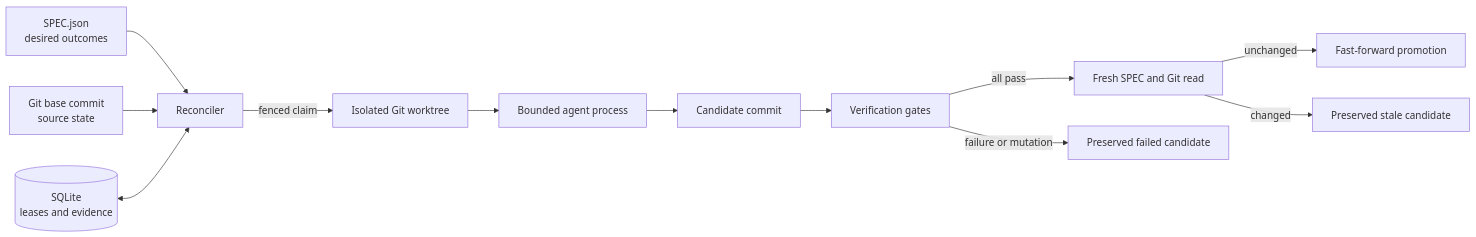
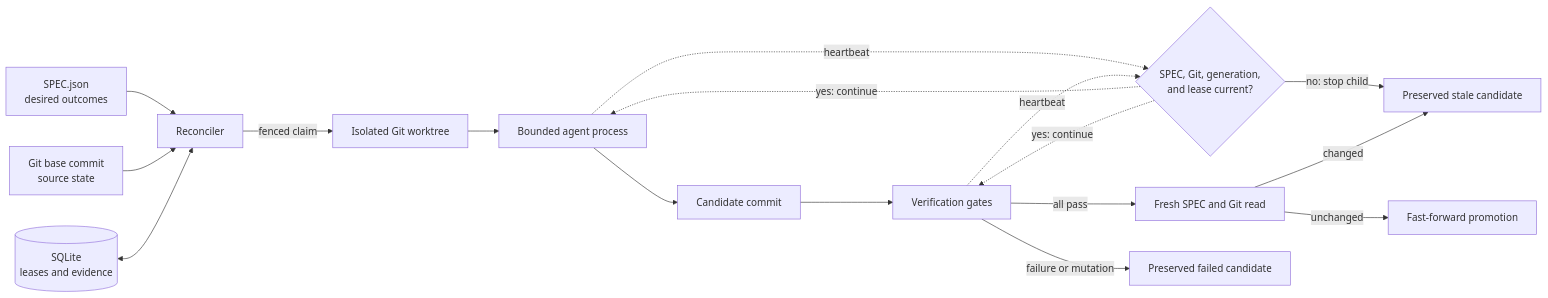
Before and after one commit to GhostlyGawd/autobuild: the diagram in docs/architecture.md, drawn with Mermaid. The commit also changed other lines of this file and 9 other files, not shown here.

````diff
--- a/docs/architecture.md
+++ b/docs/architecture.md
@@ -5,14 +5,19 @@
 ```mermaid
 flowchart LR
     S[SPEC.json<br/>desired outcomes] --> R[Reconciler]
     G[Git base commit<br/>source state] --> R
     D[(SQLite<br/>leases and evidence)] <--> R
     R -->|fenced claim| W[Isolated Git worktree]
     W --> A[Bounded agent process]
     A --> C[Candidate commit]
     C --> E[Verification gates]
+    A -. heartbeat .-> Q{SPEC, Git, generation,<br/>and lease current?}
+    E -. heartbeat .-> Q
+    Q -->|no: stop child| H
+    Q -. yes: continue .-> A
+    Q -. yes: continue .-> E
     E -->|all pass| V[Fresh SPEC and Git read]
     V -->|unchanged| P[Fast-forward promotion]
     V -->|changed| H[Preserved stale candidate]
     E -->|failure or mutation| F[Preserved failed candidate]
 ```
````
